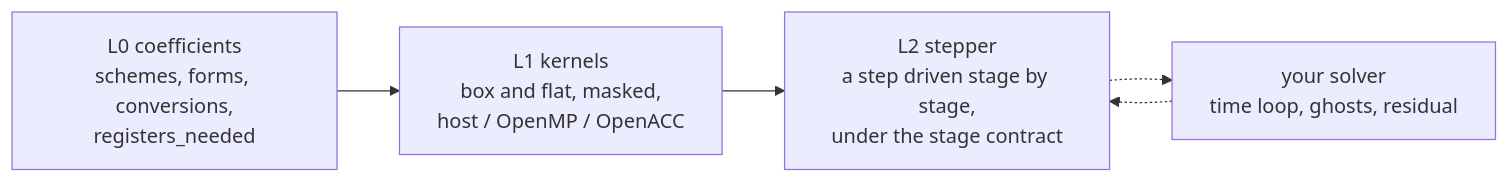
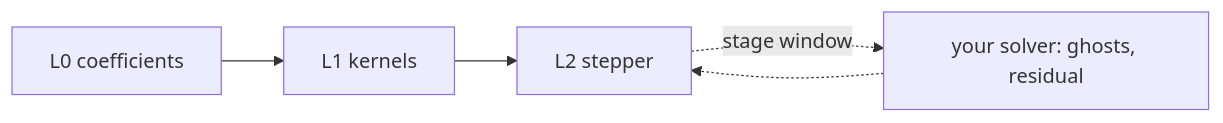
Before and after one commit to szaghi/SELAH: the diagram in docs/guide/index.md, drawn with Mermaid. The commit also changed other lines of this file and 12 other files, not shown here.

````diff
--- a/docs/guide/index.md
+++ b/docs/guide/index.md
@@ -19,7 +20,6 @@
 ```mermaid
 flowchart LR
-  L0["L0 coefficients<br/>schemes, forms, conversions,<br/>registers_needed"] --> L1["L1 kernels<br/>box and flat, masked,<br/>host / OpenMP / OpenACC"]
-  L1 --> L2["L2 stepper<br/>a step driven stage by stage,<br/>under the stage contract"]
-  L2 -.-> S["your solver<br/>time loop, ghosts, residual"]
+  L0[L0 coefficients] --> L1[L1 kernels] --> L2[L2 stepper]
+  L2 -.->|stage window| S[your solver: ghosts, residual]
   S -.-> L2
 ```
````
